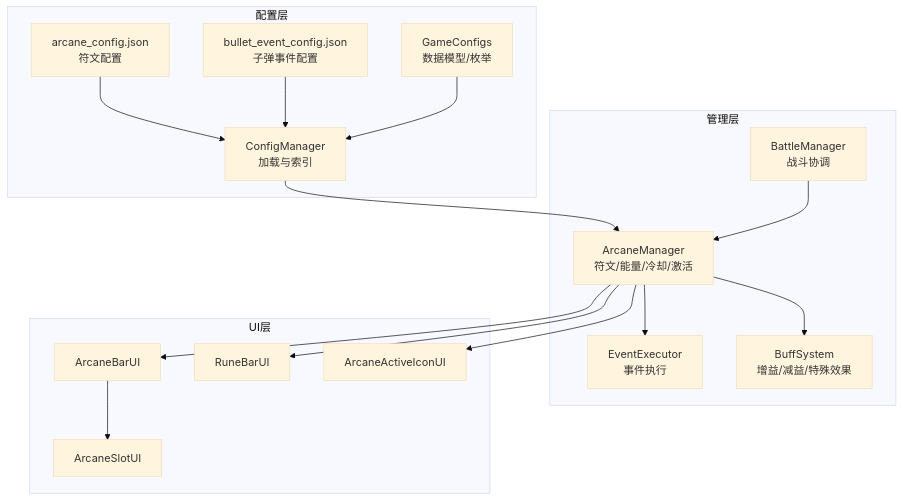
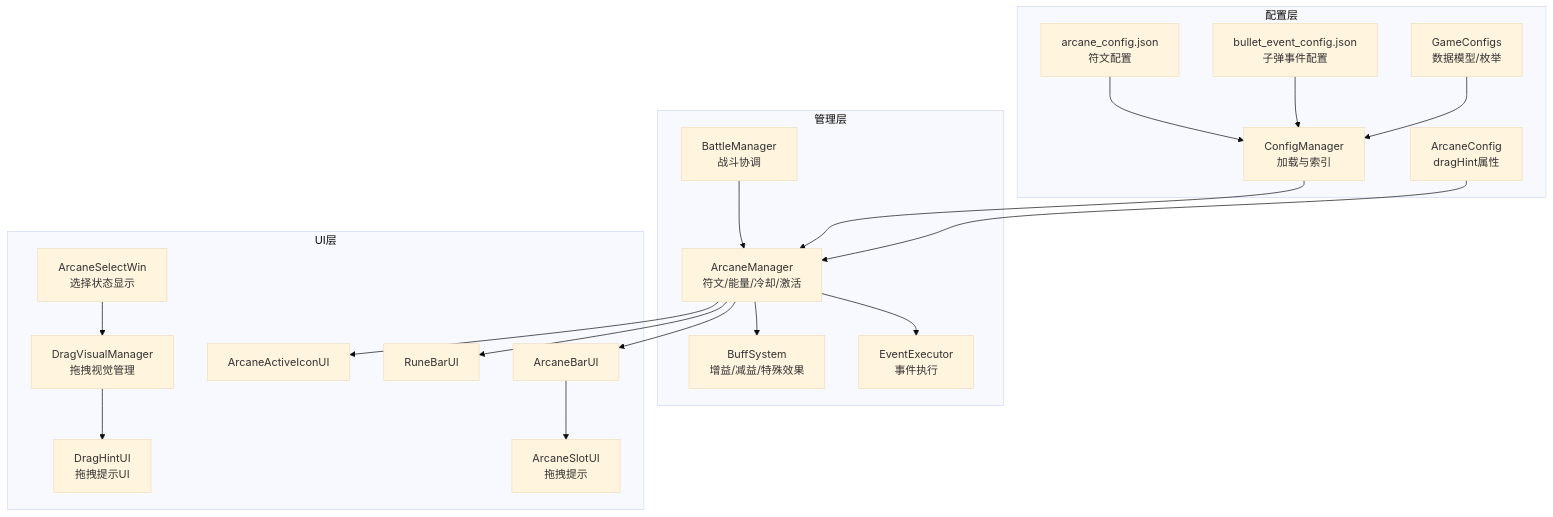
Before and after one commit to Tuusen/p1_client: the first of 8 diagrams in .qoder/repowiki/zh/content/奥术系统/奥术系统.md, drawn with Mermaid (base theme). The commit also changed other lines of this file and 25 other files, not shown here.

````diff
--- a/.qoder/repowiki/zh/content/奥术系统/奥术系统.md
+++ b/.qoder/repowiki/zh/content/奥术系统/奥术系统.md
@@ -40,32 +46,39 @@
 ```mermaid
 graph TB
 subgraph "配置层"
 CFG["ConfigManager<br/>加载与索引"]
 ARC_CFG["arcane_config.json<br/>符文配置"]
 BUL_CFG["bullet_event_config.json<br/>子弹事件配置"]
 GC["GameConfigs<br/>数据模型/枚举"]
+AC["ArcaneConfig<br/>dragHint属性"]
 end
 subgraph "管理层"
 AM["ArcaneManager<br/>符文/能量/冷却/激活"]
 BM["BattleManager<br/>战斗协调"]
 BE["EventExecutor<br/>事件执行"]
 BS["BuffSystem<br/>增益/减益/特殊效果"]
 end
 subgraph "UI层"
 ABAR["ArcaneBarUI"]
-ASLOT["ArcaneSlotUI"]
+ASLOT["ArcaneSlotUI<br/>拖拽提示"]
 RBAR["RuneBarUI"]
 AICON["ArcaneActiveIconUI"]
+ASEL["ArcaneSelectWin<br/>选择状态显示"]
+DV["DragVisualManager<br/>拖拽视觉管理"]
+DH["DragHintUI<br/>拖拽提示UI"]
 end
 ARC_CFG --> CFG
 BUL_CFG --> CFG
 GC --> CFG
+AC --> AM
 CFG --> AM
 BM --> AM
 AM --> BE
 AM --> BS
 AM --> ABAR
 AM --> RBAR
 AM --> AICON
 ABAR --> ASLOT
+ASEL --> DV
+DV --> DH
 ```
````
